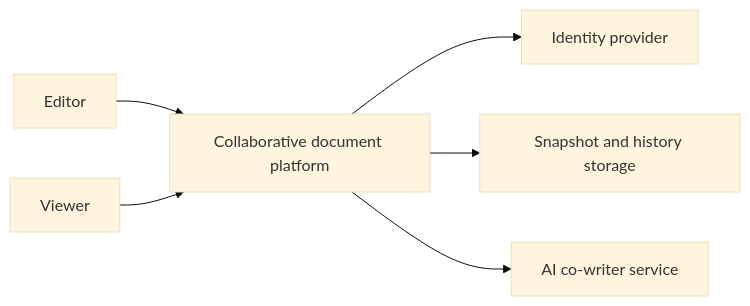
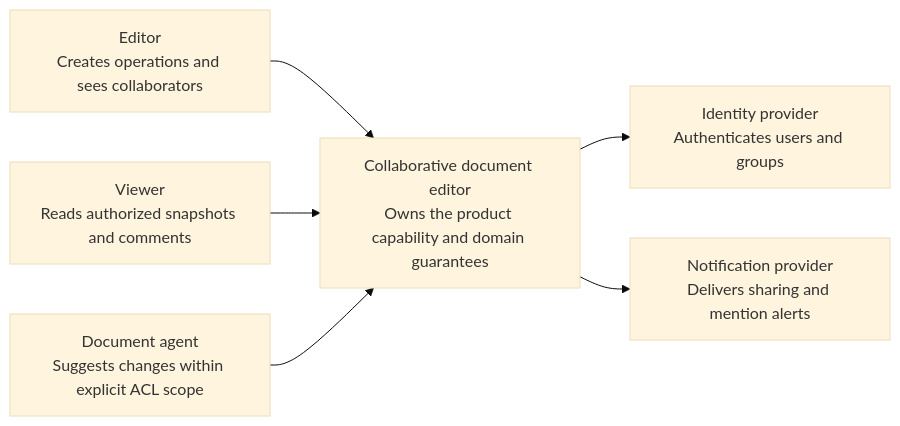
Before and after one commit to navaidya/learning: the first of 5 diagrams in content/system-design/20-collaborative-doc-editor.md, drawn with Mermaid (base theme). The commit also changed other lines of this file and 49 other files, not shown here.

````diff
--- a/content/system-design/20-collaborative-doc-editor.md
+++ b/content/system-design/20-collaborative-doc-editor.md
@@ -34,10 +53,11 @@
 ```mermaid
 flowchart LR
-  accTitle: Collaborative editor system context
-  accDescr: Editors and viewers connect through the document platform, which integrates identity, storage, and an AI co-writing service.
-  Editor --> Platform[Collaborative document platform]
-  Viewer --> Platform
-  Platform --> Identity[Identity provider]
-  Platform --> Storage[Snapshot and history storage]
-  Platform --> AI[AI co-writer service]
+  accTitle: Collaborative document editor system context
+  accDescr: Human and system actors use Collaborative document editor, which integrates with explicitly bounded external capabilities.
+  A1["Editor<br/>Creates operations and sees collaborators"] --> System
+  A2["Viewer<br/>Reads authorized snapshots and comments"] --> System
+  A3["Document agent<br/>Suggests changes within explicit ACL scope"] --> System
+  System["Collaborative document editor<br/>Owns the product capability and domain guarantees"]
+  System --> E1["Identity provider<br/>Authenticates users and groups"]
+  System --> E2["Notification provider<br/>Delivers sharing and mention alerts"]
 ```
````
